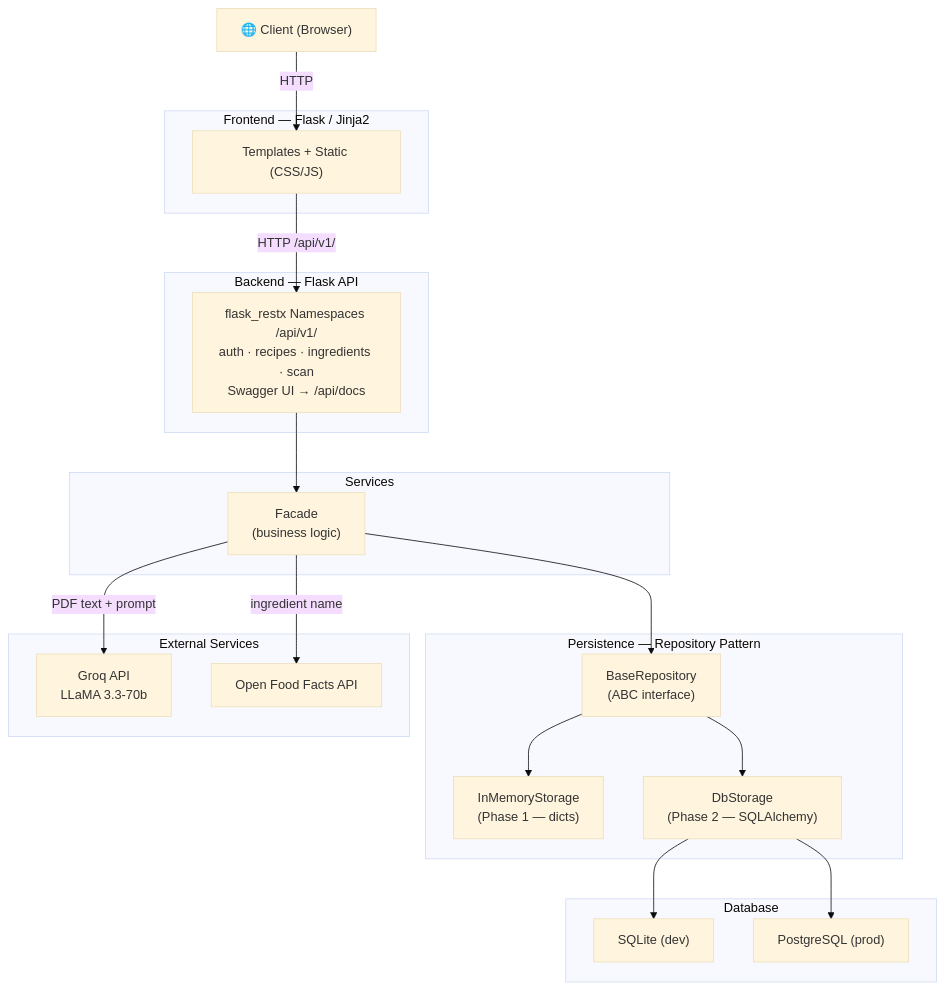
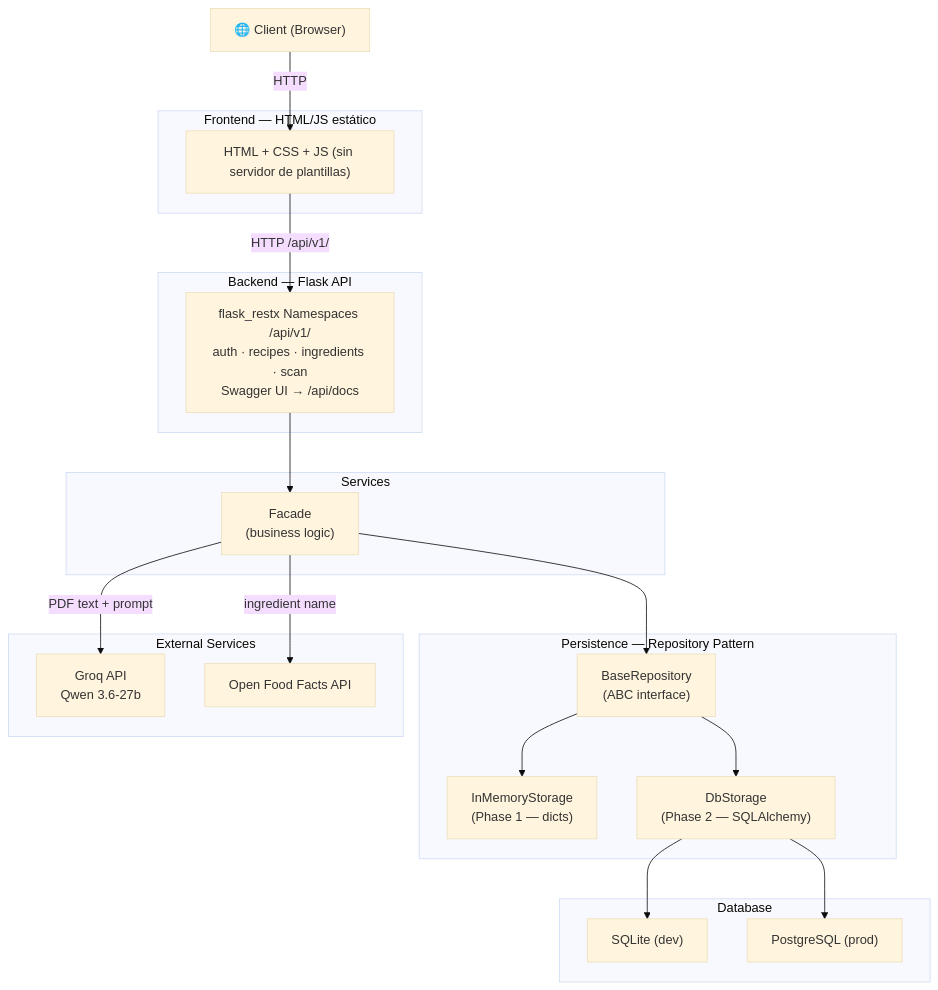
One commit to juliangf94/recipe-scanner changed the first of 5 diagrams in Docs/STAGE3.md. Above: the diagram before and after it, drawn with Mermaid (base theme). The commit also changed other lines of this file and 10 other files, not shown here.

````diff
--- a/Docs/STAGE3.md
+++ b/Docs/STAGE3.md
@@ -118,43 +118,43 @@
 ```mermaid
 flowchart TD
     Browser["🌐 Client (Browser)"]
 
-    subgraph Frontend["Frontend — Flask / Jinja2"]
-        FE["Templates + Static (CSS/JS)"]
+    subgraph Frontend["Frontend — HTML/JS estático"]
+        FE["HTML + CSS + JS (sin servidor de plantillas)"]
     end
 
     subgraph Backend["Backend — Flask API"]
         API["flask_restx Namespaces /api/v1/\nauth · recipes · ingredients · scan\nSwagger UI → /api/docs"]
     end
 
     subgraph Services["Services"]
         Facade["Facade\n(business logic)"]
     end
 
     subgraph Persistence["Persistence — Repository Pattern"]
         Repo["BaseRepository\n(ABC interface)"]
         Mem["InMemoryStorage\n(Phase 1 — dicts)"]
         DB["DbStorage\n(Phase 2 — SQLAlchemy)"]
     end
 
     subgraph External["External Services"]
-        Groq["Groq API\nLLaMA 3.3-70b"]
+        Groq["Groq API\nQwen 3.6-27b"]
         OFF["Open Food Facts API"]
     end
 
     subgraph Database["Database"]
         SQLite["SQLite (dev)"]
         PG["PostgreSQL (prod)"]
     end
 
     Browser -->|HTTP| FE
     FE -->|HTTP /api/v1/| API
     API --> Facade
     Facade --> Repo
     Facade -->|PDF text + prompt| Groq
     Facade -->|ingredient name| OFF
     Repo --> Mem
     Repo --> DB
     DB --> SQLite
     DB --> PG
 ```
````
